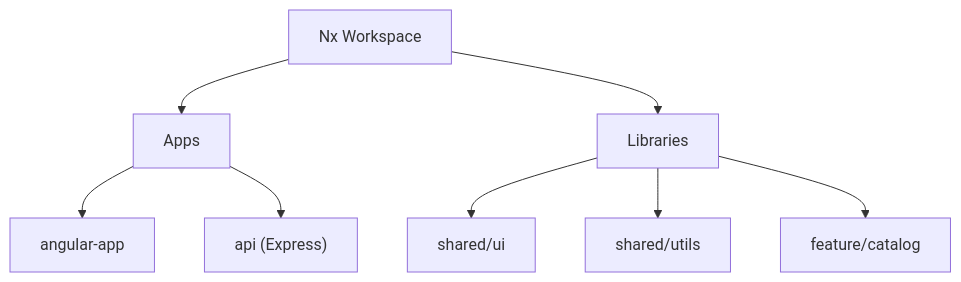
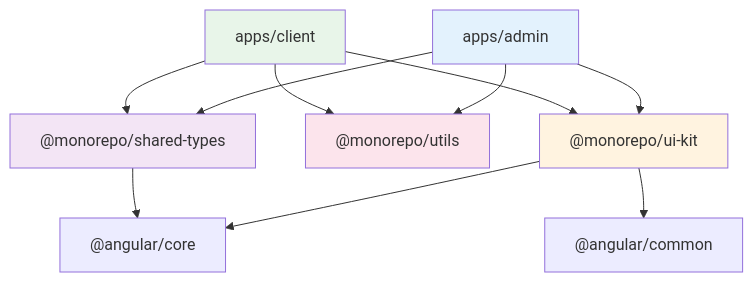
The diagram in 31-monorepo/README.md (edgardo001/angular-mastery-roadmap), drawn with Mermaid before and after one commit. The commit also changed other lines of this file and 66 other files, not shown here.

````diff
--- a/31-monorepo/README.md
+++ b/31-monorepo/README.md
@@ -14,10 +156,19 @@
 ```mermaid
-flowchart TB
-    NX["Nx Workspace"] --> APPS["Apps"]
-    NX --> LIBS["Libraries"]
-    APPS --> ANG["angular-app"]
-    APPS --> API["api (Express)"]
-    LIBS --> UI["shared/ui"]
-    LIBS --> UTIL["shared/utils"]
-    LIBS --> FEAT["feature/catalog"]
+graph TB
+    ADMIN["apps/admin"] --> UIKIT["@monorepo/ui-kit"]
+    ADMIN --> UTILS["@monorepo/utils"]
+    ADMIN --> TYPES["@monorepo/shared-types"]
+    CLIENT["apps/client"] --> UIKIT
+    CLIENT --> UTILS
+    CLIENT --> TYPES
+
+    UIKIT --> CORE["@angular/core"]
+    UIKIT --> COMMON["@angular/common"]
+    TYPES --> CORE
+
+    style ADMIN fill:#e3f2fd
+    style CLIENT fill:#e8f5e9
+    style UIKIT fill:#fff3e0
+    style UTILS fill:#fce4ec
+    style TYPES fill:#f3e5f5
 ```
````
